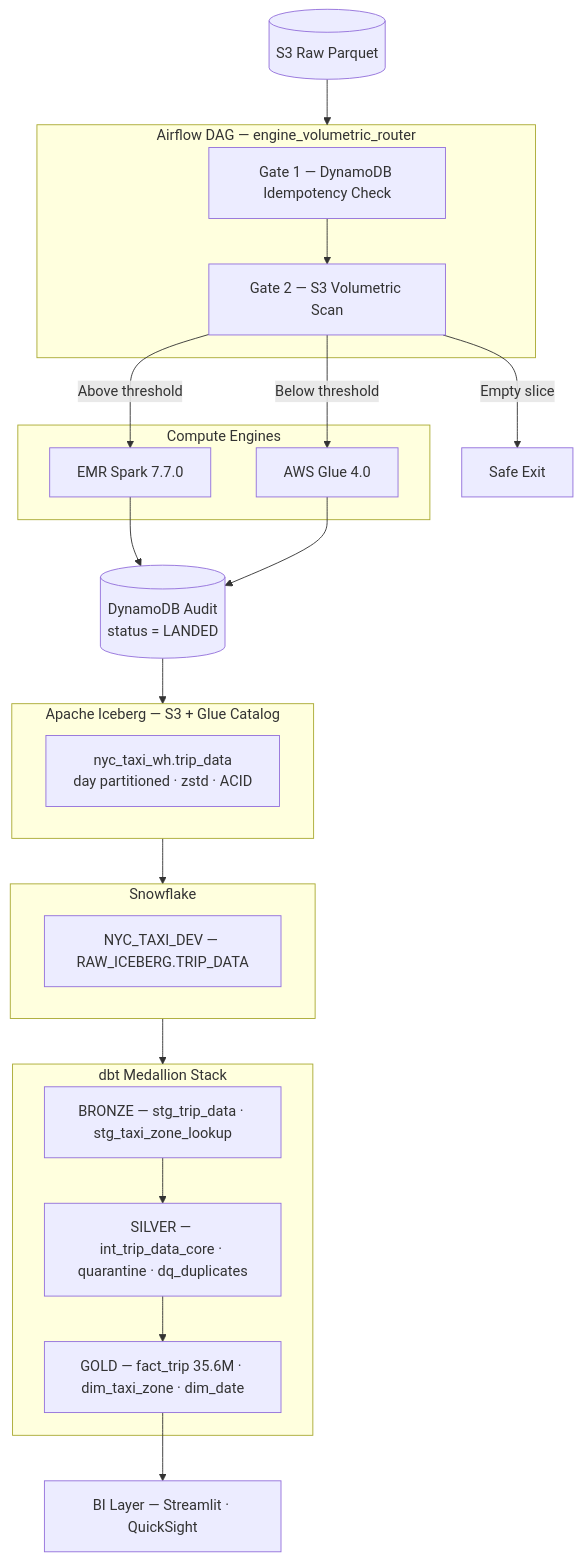
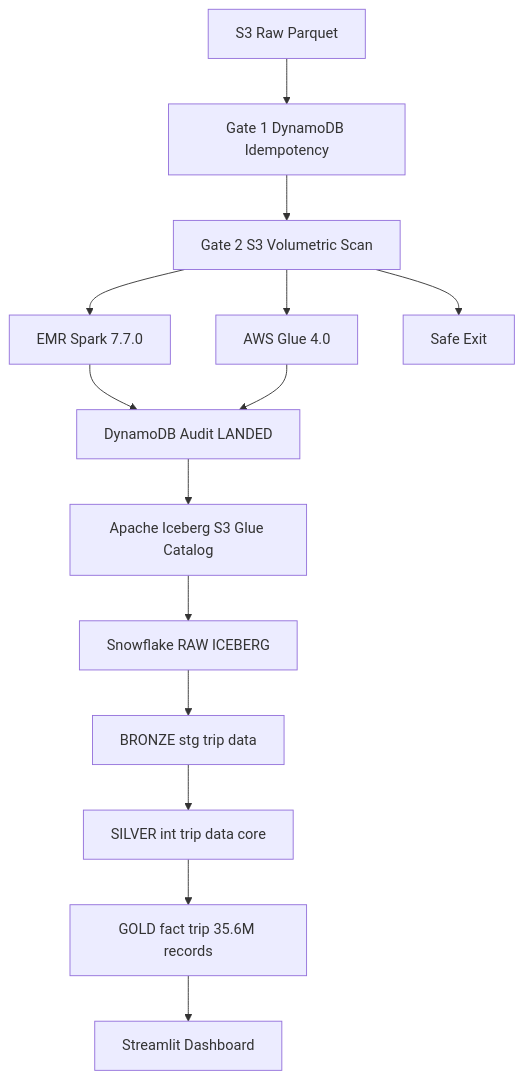
The diagram in README.md (tropily/ZenClarity-UrbanFlow-V2), drawn with Mermaid before and after one commit. The commit also changed other lines of this file, not shown here.

Commit message:
docs: Revise Mermaid V2 architecture diagram + engine threshold callout

````diff
--- a/README.md
+++ b/README.md
@@ -112,49 +112,17 @@
 ```mermaid
 graph TD
-    S3[("S3 Raw Parquet")]
-
-    S3 --> DAG
-
-    subgraph DAG["Airflow DAG — engine_volumetric_router"]
-        G1["Gate 1 — DynamoDB Idempotency Check"]
-        G2["Gate 2 — S3 Volumetric Scan"]
-        G1 --> G2
-    end
-
-    G2 -->|"Above threshold"| EMR
-    G2 -->|"Below threshold"| GLUE
-    G2 -->|"Empty slice"| EXIT[Safe Exit]
-
-    subgraph ENGINES["Compute Engines"]
-        EMR["EMR Spark 7.7.0"]
-        GLUE["AWS Glue 4.0"]
-    end
-
-    EMR --> AUDIT
-    GLUE --> AUDIT
-
-    AUDIT[("DynamoDB Audit\nstatus = LANDED")]
-
-    AUDIT --> ICE
-
-    subgraph ICE["Apache Iceberg — S3 + Glue Catalog"]
-        ICETBL["nyc_taxi_wh.trip_data\nday partitioned · zstd · ACID"]
-    end
-
-    ICE --> SF
-
-    subgraph SF["Snowflake"]
-        SFTBL["NYC_TAXI_DEV — RAW_ICEBERG.TRIP_DATA"]
-    end
-
-    SF --> DBT
-
-    subgraph DBT["dbt Medallion Stack"]
-        BRONZE["BRONZE — stg_trip_data · stg_taxi_zone_lookup"]
-        SILVER["SILVER — int_trip_data_core · quarantine · dq_duplicates"]
-        GOLD["GOLD — fact_trip 35.6M · dim_taxi_zone · dim_date"]
-        BRONZE --> SILVER --> GOLD
-    end
-
-    GOLD --> BI["BI Layer — Streamlit · QuickSight"]
+    S3[S3 Raw Parquet] --> G1
+    G1[Gate 1 DynamoDB Idempotency] --> G2
+    G2[Gate 2 S3 Volumetric Scan] --> EMR
+    G2 --> GLUE
+    G2 --> EXIT[Safe Exit]
+    EMR[EMR Spark 7.7.0] --> AUDIT
+    GLUE[AWS Glue 4.0] --> AUDIT
+    AUDIT[DynamoDB Audit LANDED] --> ICE
+    ICE[Apache Iceberg S3 Glue Catalog] --> SF
+    SF[Snowflake RAW ICEBERG] --> BRONZE
+    BRONZE[BRONZE stg trip data] --> SILVER
+    SILVER[SILVER int trip data core] --> GOLD
+    GOLD[GOLD fact trip 35.6M records] --> BI
+    BI[Streamlit Dashboard]
 ```
````
